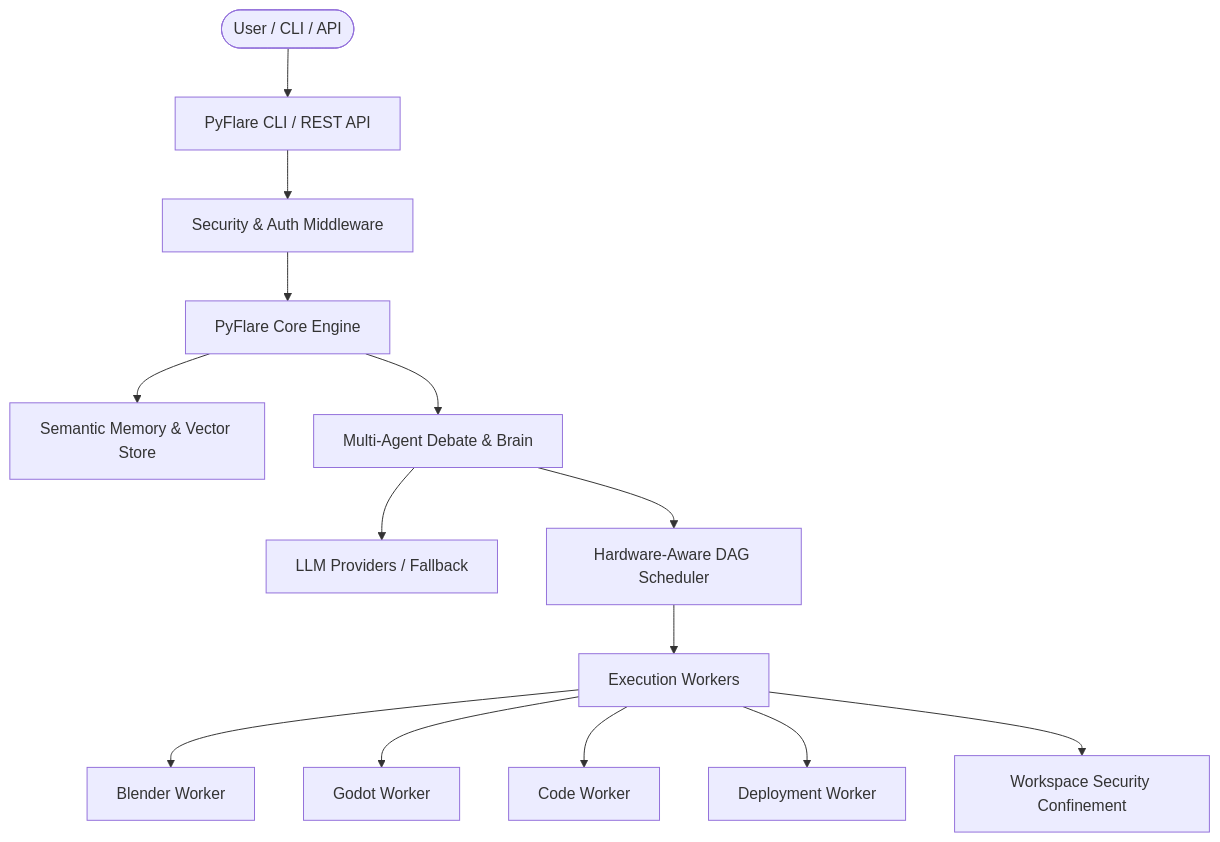
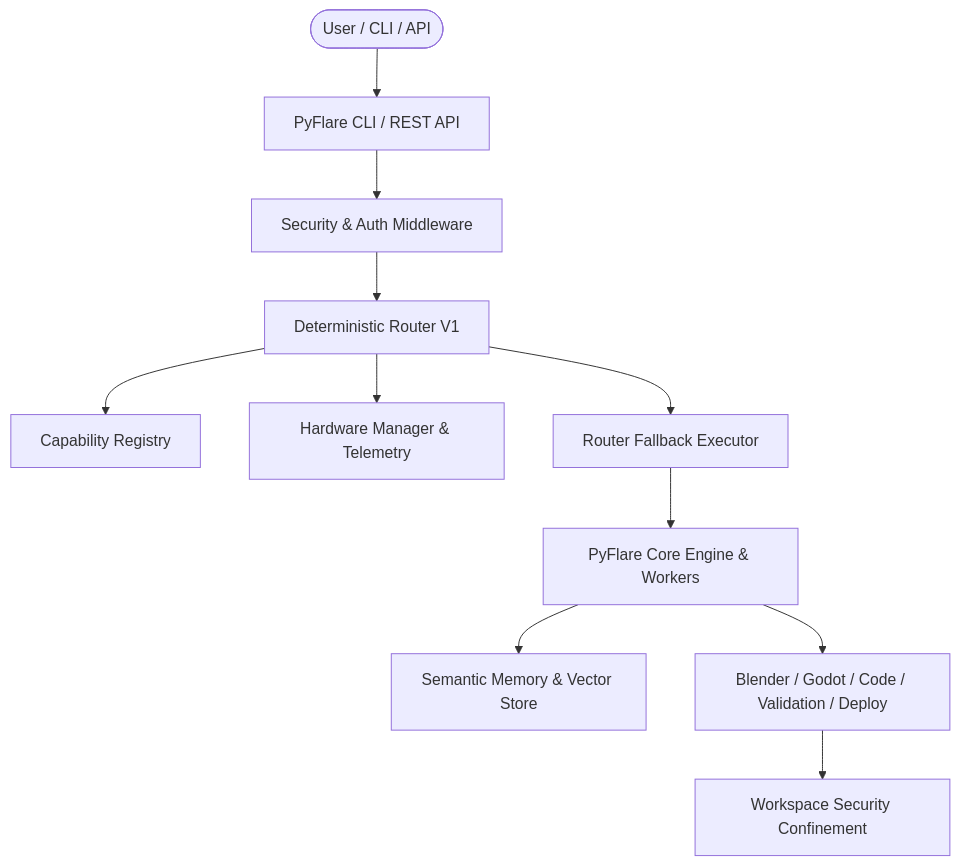
Before and after one commit to aachaman52/Appsuite: the diagram in README.md, drawn with Mermaid. The commit also changed other lines of this file and 4 other files, not shown here.

Commit message:
docs(router): add router architecture, capability registry, hardware routing docs, and router v1 report

````diff
--- a/README.md
+++ b/README.md
@@ -29,16 +48,13 @@
 ```mermaid
 graph TD
     User([User / CLI / API]) --> CLI[PyFlare CLI / REST API]
     CLI --> Auth[Security & Auth Middleware]
-    Auth --> Engine[PyFlare Core Engine]
+    Auth --> Router[Deterministic Router V1]
+    Router --> Registry[Capability Registry]
+    Router --> Hardware[Hardware Manager & Telemetry]
+    Router --> Executor[Router Fallback Executor]
+    Executor --> Engine[PyFlare Core Engine & Workers]
     Engine --> Memory[Semantic Memory & Vector Store]
-    Engine --> Brain[Multi-Agent Debate & Brain]
-    Brain --> Providers[LLM Providers / Fallback]
-    Brain --> Scheduler[Hardware-Aware DAG Scheduler]
-    Scheduler --> Workers[Execution Workers]
-    Workers --> Blender[Blender Worker]
-    Workers --> Godot[Godot Worker]
-    Workers --> Code[Code Worker]
-    Workers --> Deploy[Deployment Worker]
+    Engine --> Workers[Blender / Godot / Code / Validation / Deploy]
     Workers --> Sandbox[Workspace Security Confinement]
 ```
````
